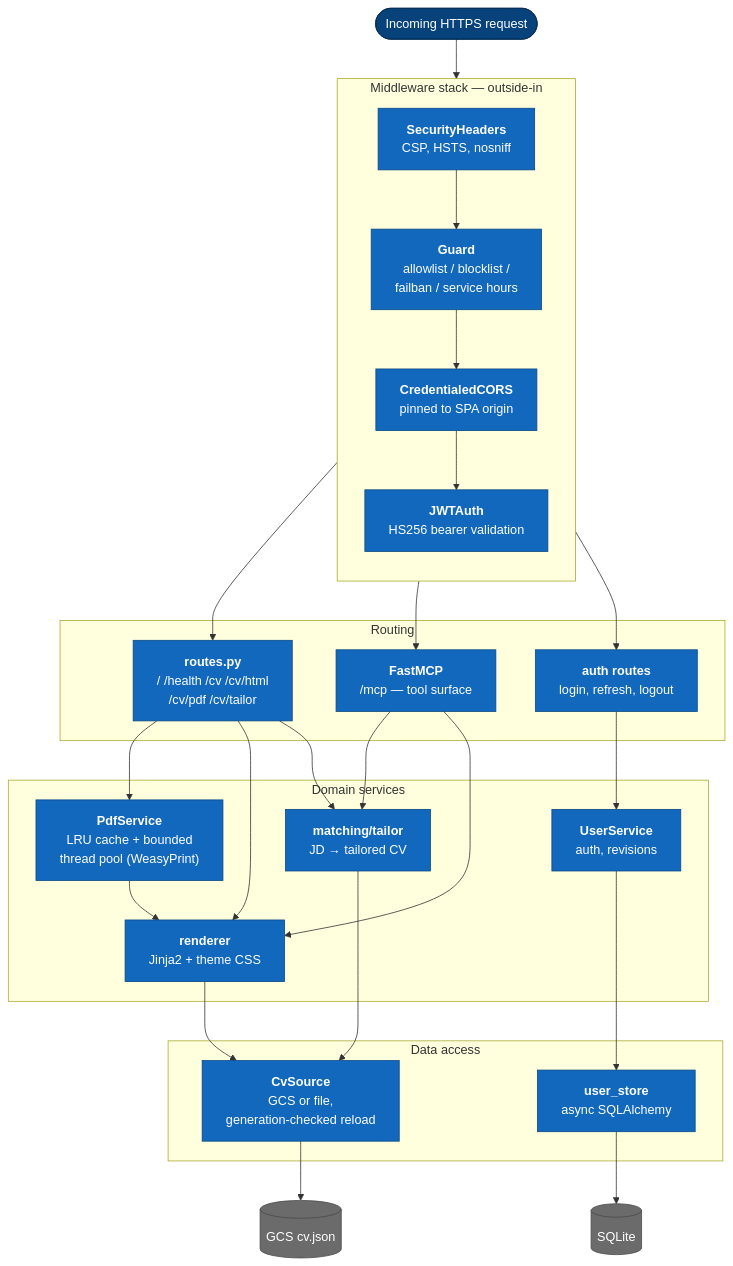
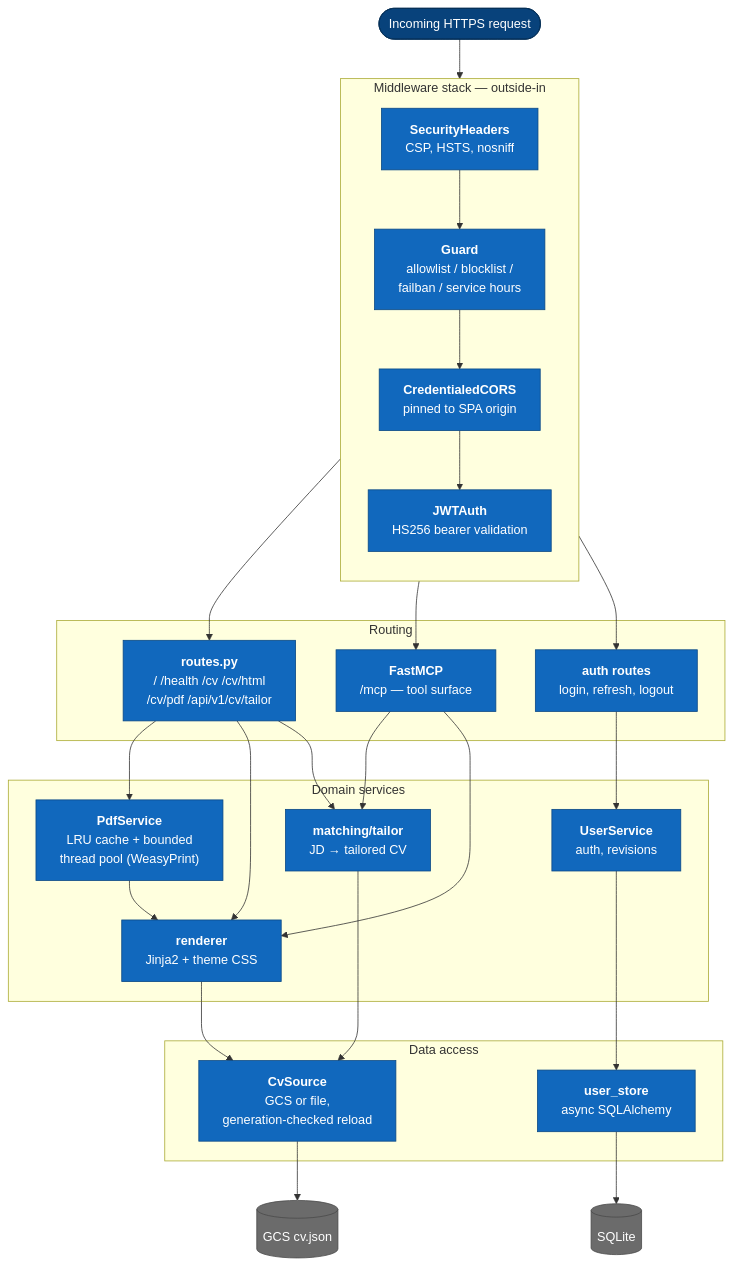
One commit to ivanprytula/cv-rest-mcp-server changed the third of 8 diagrams in docs/architecture-diagrams.md. Above: the diagram before and after it, drawn with Mermaid. The commit also changed 13 other files, not shown here.

````diff
--- a/docs/architecture-diagrams.md
+++ b/docs/architecture-diagrams.md
@@ -121,52 +121,52 @@
 ```mermaid
 flowchart TB
     req(["Incoming HTTPS request"]):::ext
 
     subgraph mw["Middleware stack — outside-in"]
         direction TB
         sec["<b>SecurityHeaders</b><br/>CSP, HSTS, nosniff"]:::comp
         guard["<b>Guard</b><br/>allowlist / blocklist /<br/>failban / service hours"]:::comp
         cors["<b>CredentialedCORS</b><br/>pinned to SPA origin"]:::comp
         jwt["<b>JWTAuth</b><br/>HS256 bearer validation"]:::comp
     end
 
     subgraph routing["Routing"]
-        routes["<b>routes.py</b><br/>/ /health /cv /cv/html<br/>/cv/pdf /cv/tailor"]:::comp
+        routes["<b>routes.py</b><br/>/ /health /cv /cv/html<br/>/cv/pdf /api/v1/cv/tailor"]:::comp
         mcp["<b>FastMCP</b><br/>/mcp — tool surface"]:::comp
         authr["<b>auth routes</b><br/>login, refresh, logout"]:::comp
     end
 
     subgraph domain["Domain services"]
         pdf["<b>PdfService</b><br/>LRU cache + bounded<br/>thread pool (WeasyPrint)"]:::comp
         renderer["<b>renderer</b><br/>Jinja2 + theme CSS"]:::comp
         tailor["<b>matching/tailor</b><br/>JD → tailored CV"]:::comp
         users["<b>UserService</b><br/>auth, revisions"]:::comp
     end
 
     subgraph data["Data access"]
         cvsrc["<b>CvSource</b><br/>GCS or file,<br/>generation-checked reload"]:::comp
         store["<b>user_store</b><br/>async SQLAlchemy"]:::comp
     end
 
     gcs[("GCS cv.json")]:::extstore
     db[("SQLite")]:::extstore
 
     req --> sec --> guard --> cors --> jwt
     jwt --> routes & mcp & authr
 
     routes --> pdf & renderer & tailor
     mcp --> tailor & renderer
     authr --> users
 
     pdf --> renderer
     renderer --> cvsrc
     tailor --> cvsrc
     users --> store
 
     cvsrc --> gcs
     store --> db
 
     classDef comp fill:#1168bd,stroke:#0b4884,color:#fff
     classDef ext fill:#08427b,stroke:#052e56,color:#fff
     classDef extstore fill:#6b6b6b,stroke:#4a4a4a,color:#fff
 ```
````
